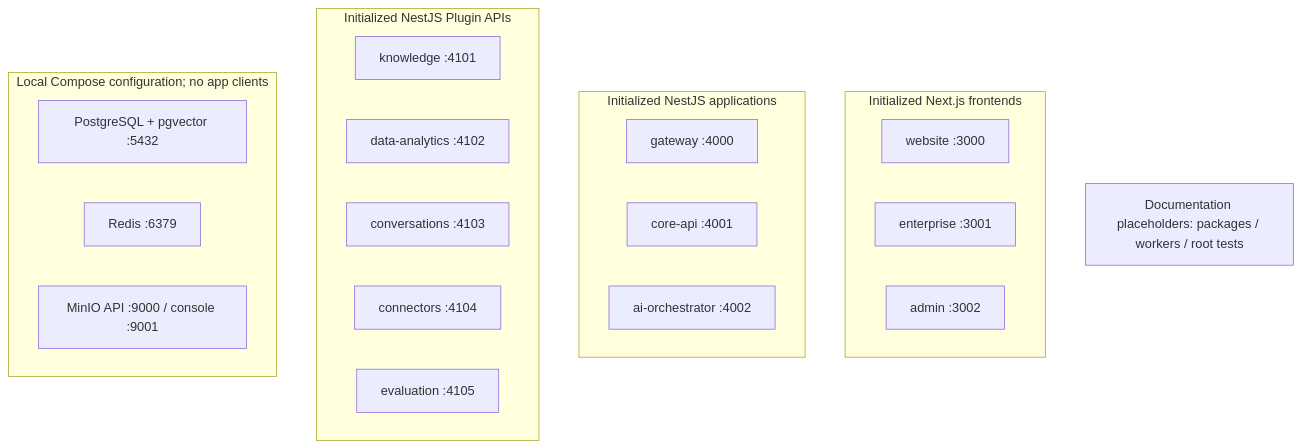
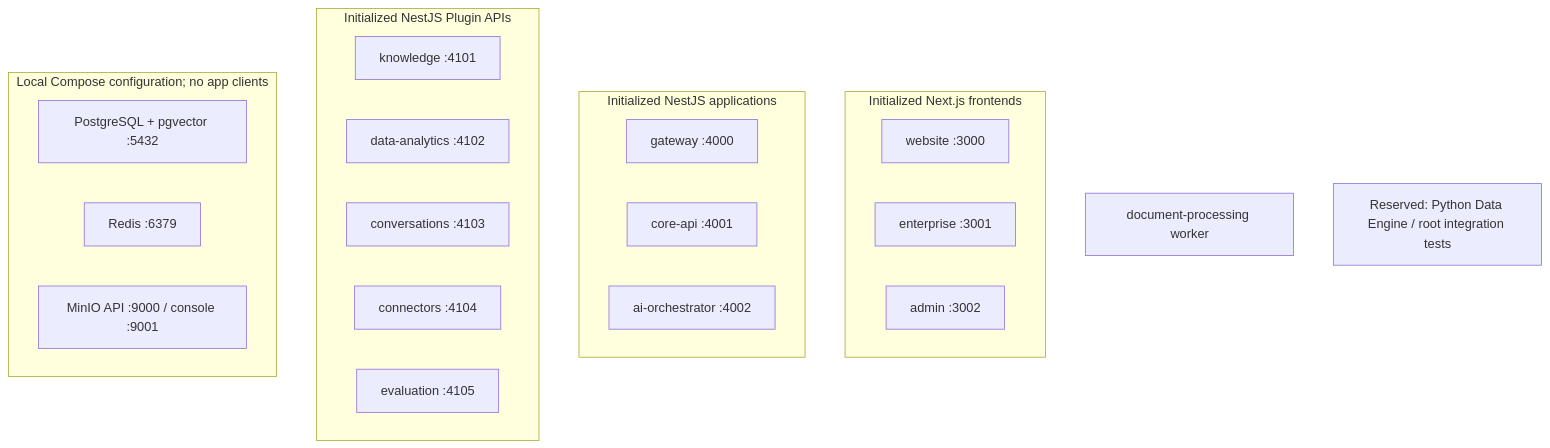
Before and after one commit to AndrixNg1/amani.ia: the first of 3 diagrams in docs/architecture/diagrams/README.md, drawn with Mermaid. The commit also changed other lines of this file and 1 other file, not shown here.

Commit message:
docs(architecture): update processing implementation status

````diff
--- a/docs/architecture/diagrams/README.md
+++ b/docs/architecture/diagrams/README.md
@@ -74,26 +74,27 @@
 ```mermaid
 flowchart TB
     subgraph frontends["Initialized Next.js frontends"]
         website["website :3000"]
         enterprise["enterprise :3001"]
         admin["admin :3002"]
     end
     subgraph platform["Initialized NestJS applications"]
         gateway["gateway :4000"]
         core["core-api :4001"]
         orchestrator["ai-orchestrator :4002"]
     end
     subgraph plugins["Initialized NestJS Plugin APIs"]
         knowledge["knowledge :4101"]
         analytics["data-analytics :4102"]
         conversations["conversations :4103"]
         connectors["connectors :4104"]
         evaluation["evaluation :4105"]
     end
     subgraph infrastructure["Local Compose configuration; no app clients"]
         postgres["PostgreSQL + pgvector :5432"]
         redis["Redis :6379"]
         minio["MinIO API :9000 / console :9001"]
     end
-    placeholders["Documentation placeholders: packages / workers / root tests"]
+    worker["document-processing worker"]
+    placeholders["Reserved: Python Data Engine / root integration tests"]
 ```
````
